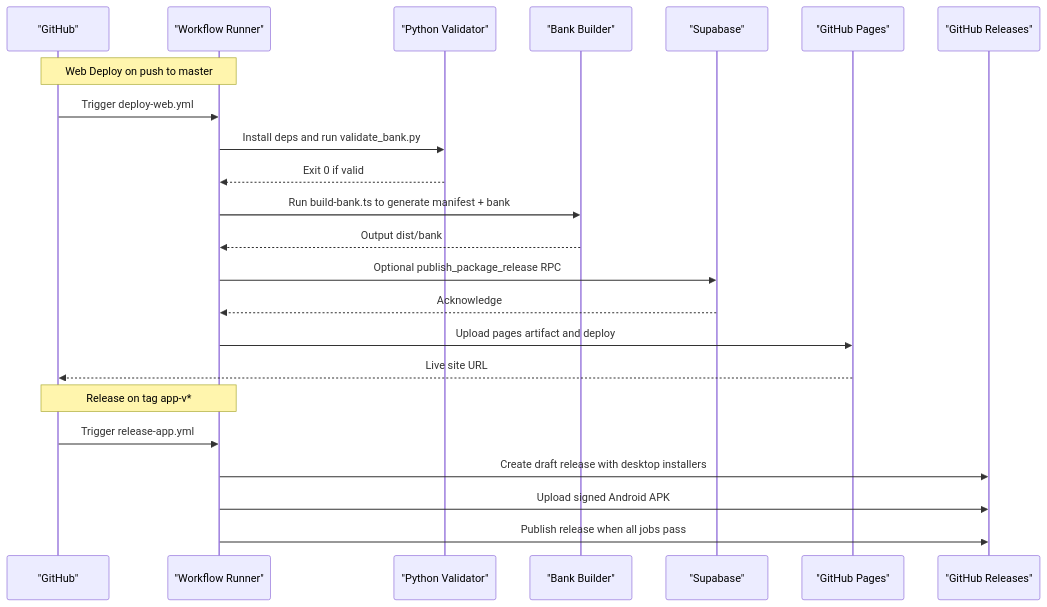
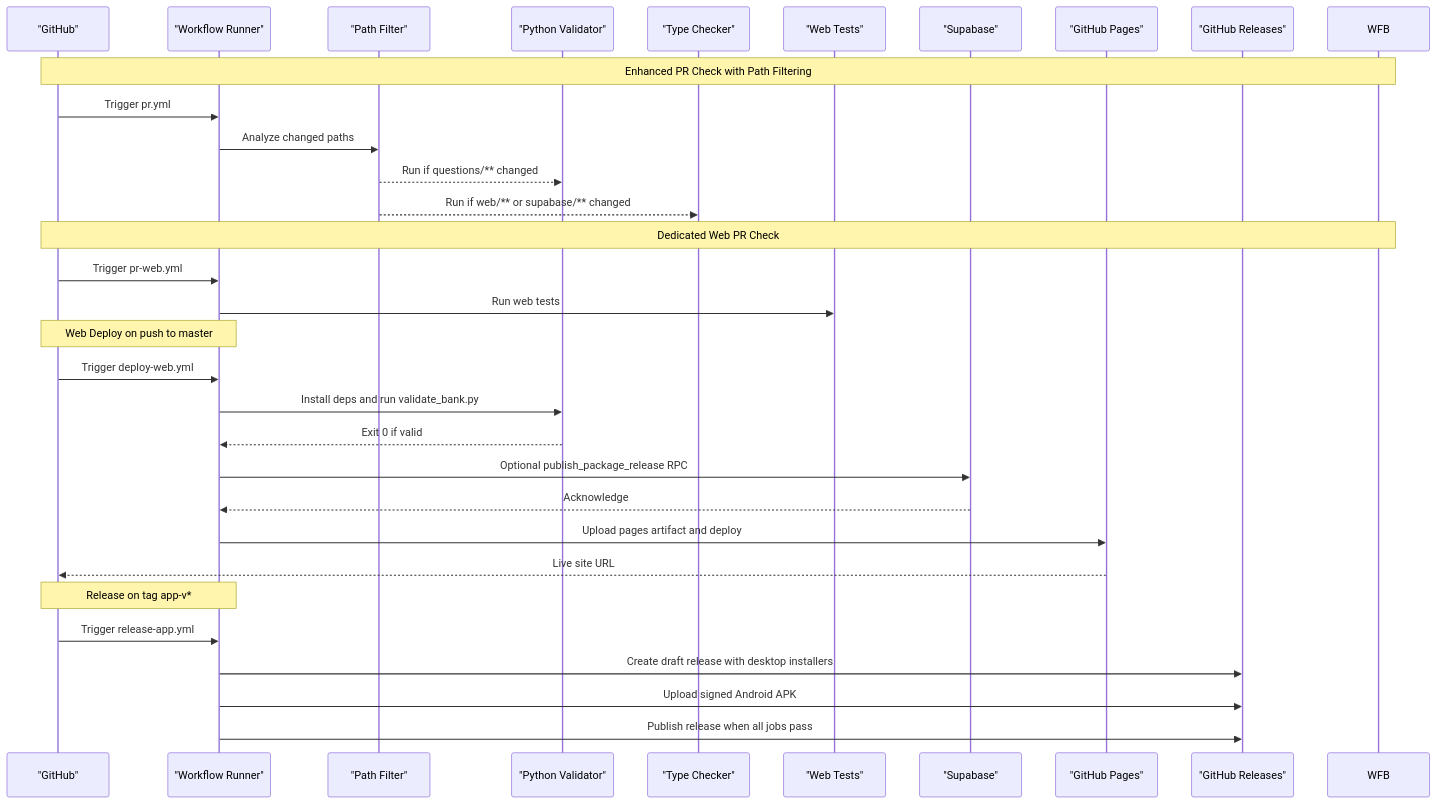
One commit to muhammadhabibullah/tbs-lpdp changed the second of 8 diagrams in .qoder/repowiki/en/content/Build and Deployment/CI_CD Pipeline.md. Above: the diagram before and after it, drawn with Mermaid. The commit also changed other lines of this file and 6 other files, not shown here.

````diff
--- a/.qoder/repowiki/en/content/Build and Deployment/CI_CD Pipeline.md
+++ b/.qoder/repowiki/en/content/Build and Deployment/CI_CD Pipeline.md
@@ -115,25 +134,33 @@
 ```mermaid
 sequenceDiagram
 participant GH as "GitHub"
 participant WF as "Workflow Runner"
+participant FILTER as "Path Filter"
 participant PY as "Python Validator"
-participant TS as "Bank Builder"
+participant TS as "Type Checker"
+participant WEB as "Web Tests"
 participant SUP as "Supabase"
 participant PG as "GitHub Pages"
 participant REL as "GitHub Releases"
+Note over GH,WFB : Enhanced PR Check with Path Filtering
+GH->>WF : Trigger pr.yml
+WF->>FILTER : Analyze changed paths
+FILTER-->>PY : Run if questions/** changed
+FILTER-->>TS : Run if web/** or supabase/** changed
+Note over GH,WFB : Dedicated Web PR Check
+GH->>WF : Trigger pr-web.yml
+WF->>WEB : Run web tests
 Note over GH,WF : Web Deploy on push to master
 GH->>WF : Trigger deploy-web.yml
 WF->>PY : Install deps and run validate_bank.py
 PY-->>WF : Exit 0 if valid
-WF->>TS : Run build-bank.ts to generate manifest + bank
-TS-->>WF : Output dist/bank
 WF->>SUP : Optional publish_package_release RPC
 SUP-->>WF : Acknowledge
 WF->>PG : Upload pages artifact and deploy
 PG-->>GH : Live site URL
 Note over GH,WF : Release on tag app-v*
 GH->>WF : Trigger release-app.yml
 WF->>REL : Create draft release with desktop installers
 WF->>REL : Upload signed Android APK
 WF->>REL : Publish release when all jobs pass
 ```
````
